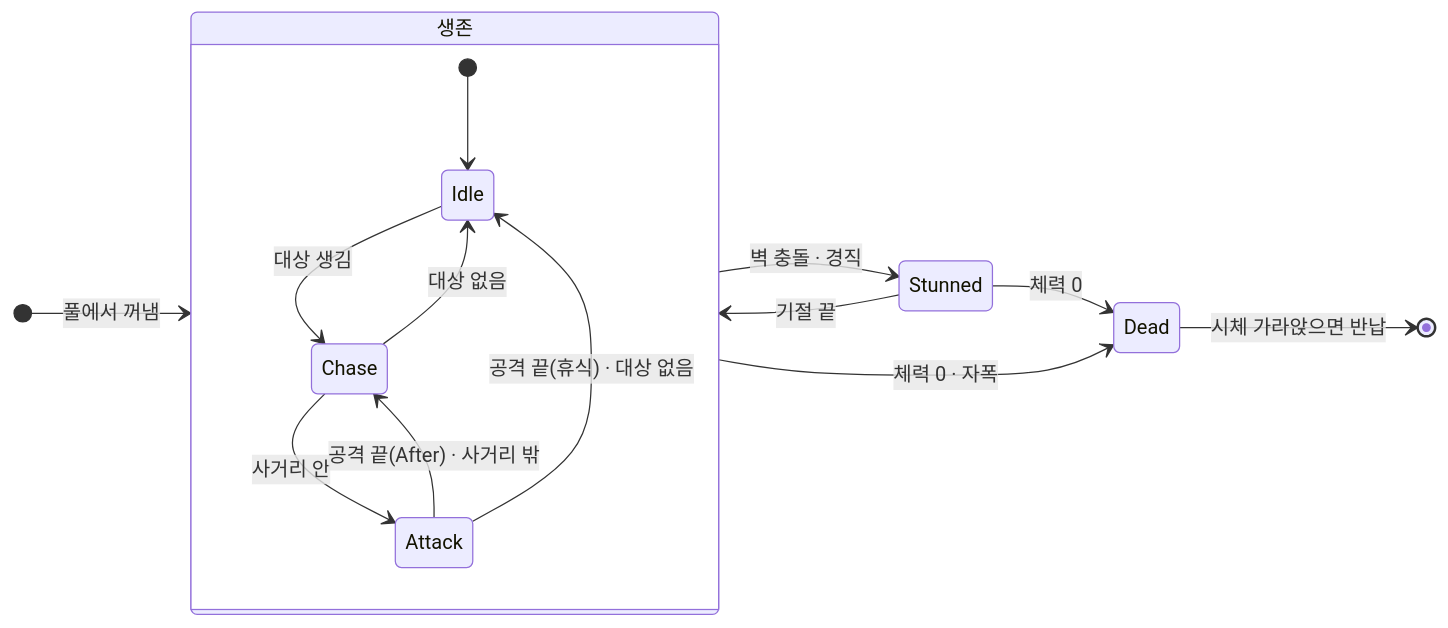
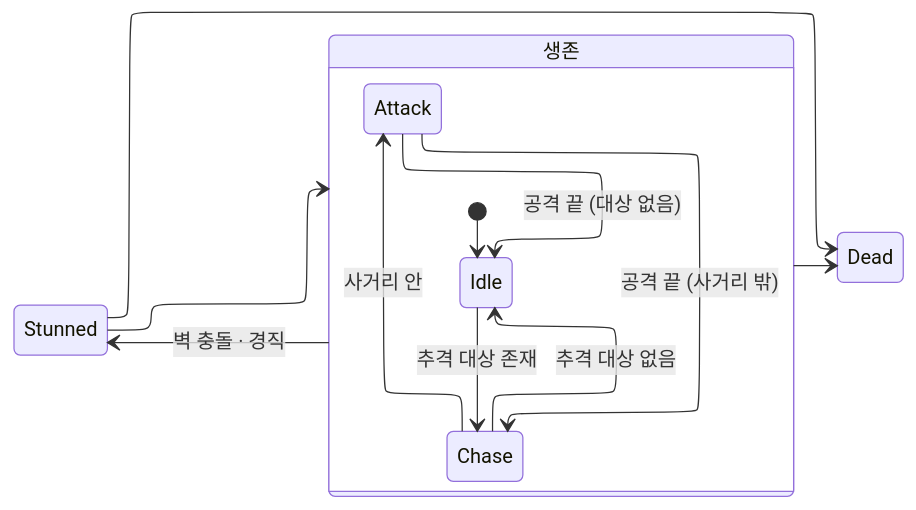
Before and after one commit to MountainHS/portfolio: the sixth of 14 diagrams in src/5-hive-purge/기술문서.md, drawn with Mermaid. The commit also changed other lines of this file and 12 other files, not shown here.

````diff
--- a/src/5-hive-purge/기술문서.md
+++ b/src/5-hive-purge/기술문서.md
@@ -352,18 +352,17 @@
 ```mermaid
+%%{init: {"layout": "elk"}}%%
 stateDiagram-v2
     direction LR
     state "생존" as Alive {
         [*] --> Idle
-        Idle --> Chase: 대상 생김
-        Chase --> Idle: 대상 없음
+        Idle --> Chase: 추격 대상 존재
+        Chase --> Idle: 추격 대상 없음
         Chase --> Attack: 사거리 안
-        Attack --> Chase: 공격 끝(After) · 사거리 밖
-        Attack --> Idle: 공격 끝(휴식) · 대상 없음
+        Attack --> Chase: 공격 끝 (사거리 밖)
+        Attack --> Idle: 공격 끝 (대상 없음)
     }
-    [*] --> Alive: 풀에서 꺼냄
     Alive --> Stunned: 벽 충돌 · 경직
-    Stunned --> Alive: 기절 끝
-    Alive --> Dead: 체력 0 · 자폭
-    Stunned --> Dead: 체력 0
-    Dead --> [*]: 시체 가라앉으면 반납
+    Stunned --> Alive
+    Alive --> Dead 
+    Stunned --> Dead 
 ```
````
